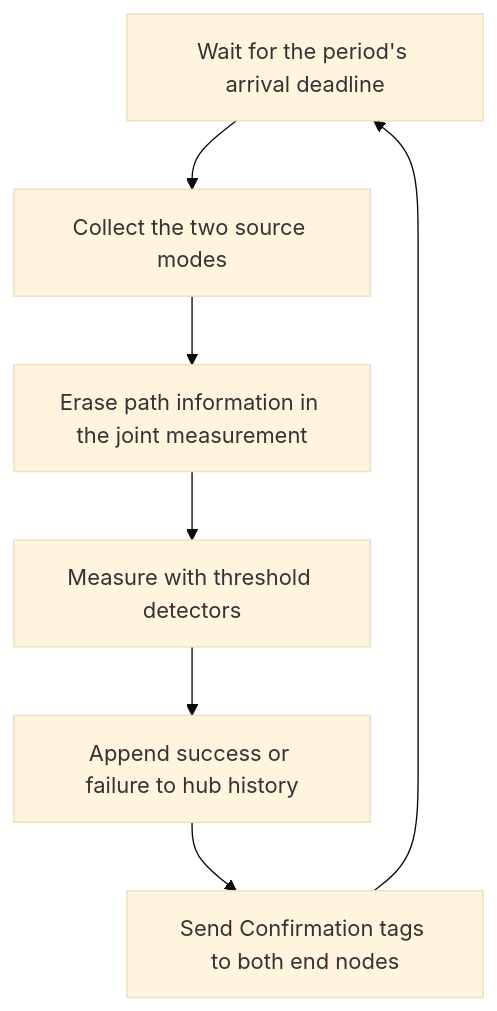
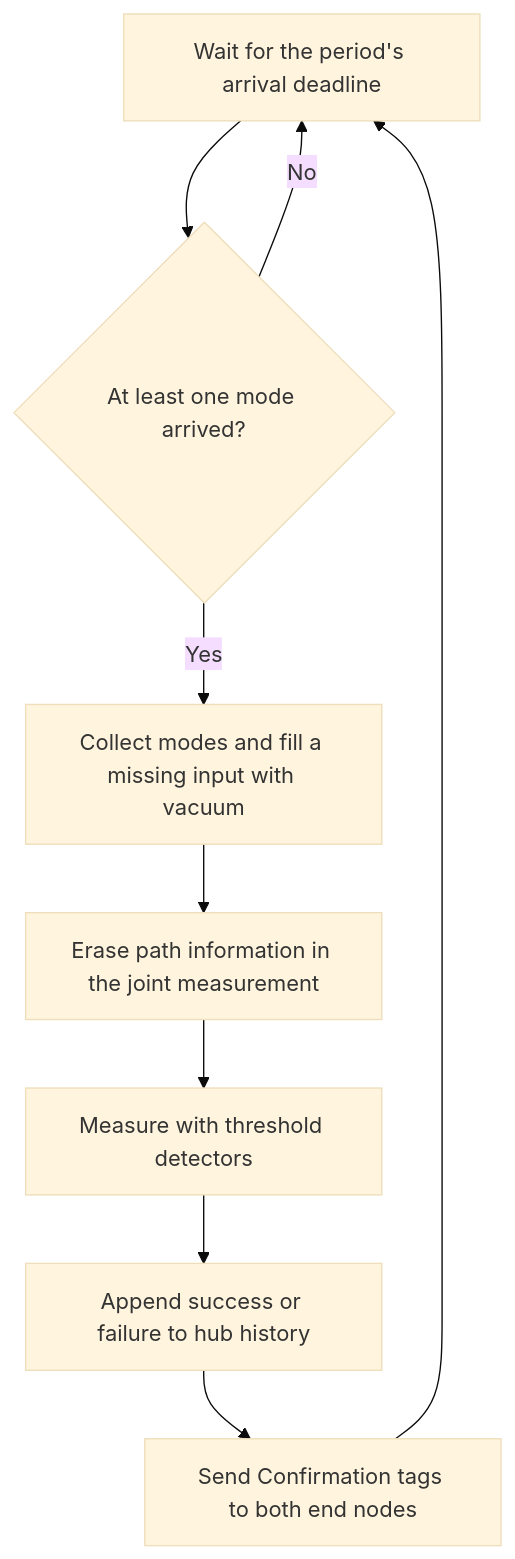
Before and after one commit to QuantumSavory/QuantumSavory.jl: the second of 2 diagrams in examples/aspen_net/README.md, drawn with Mermaid (base theme). The commit also changed other lines of this file and 1 other file, not shown here.

````diff
--- a/examples/aspen_net/README.md
+++ b/examples/aspen_net/README.md
@@ -42,9 +45,11 @@
 ```mermaid
 flowchart TD
-    Tick[Wait for the period's arrival deadline] --> Receive[Collect the two source modes]
+    Tick[Wait for the period's arrival deadline] --> Arrived{At least one mode arrived?}
+    Arrived -->|No| Tick
+    Arrived -->|Yes| Receive[Collect modes and fill a missing input with vacuum]
     Receive --> Erase[Erase path information in the joint measurement]
     Erase --> Detect[Measure with threshold detectors]
     Detect --> Log[Append success or failure to hub history]
     Log --> Announce[Send Confirmation tags to both end nodes]
     Announce --> Tick
 ```
````
